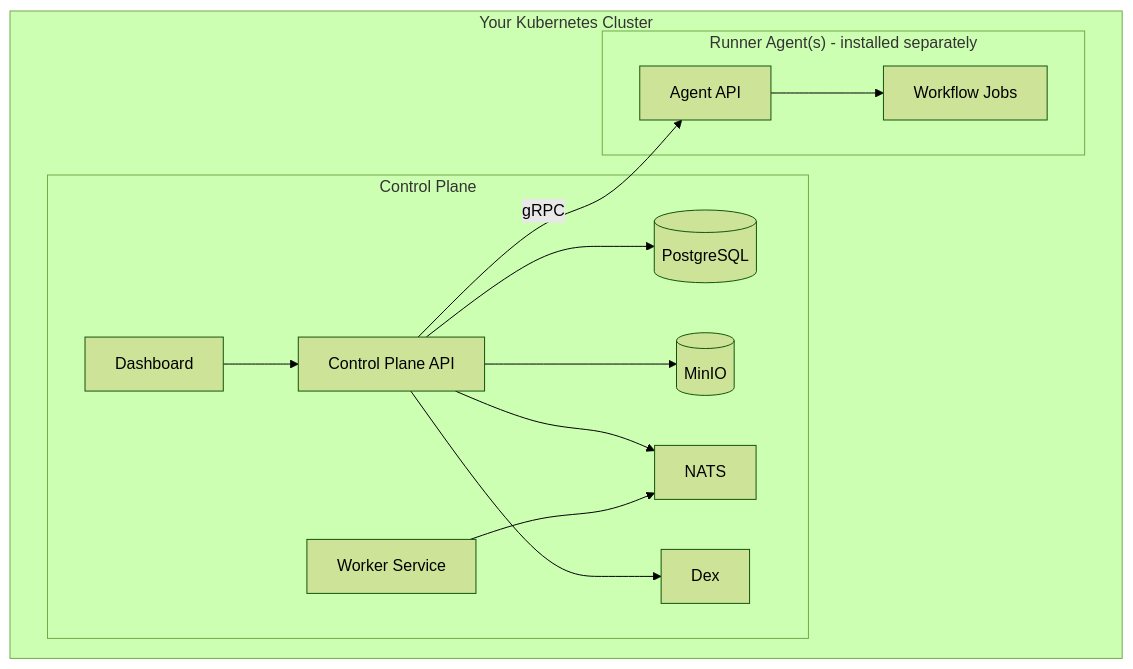
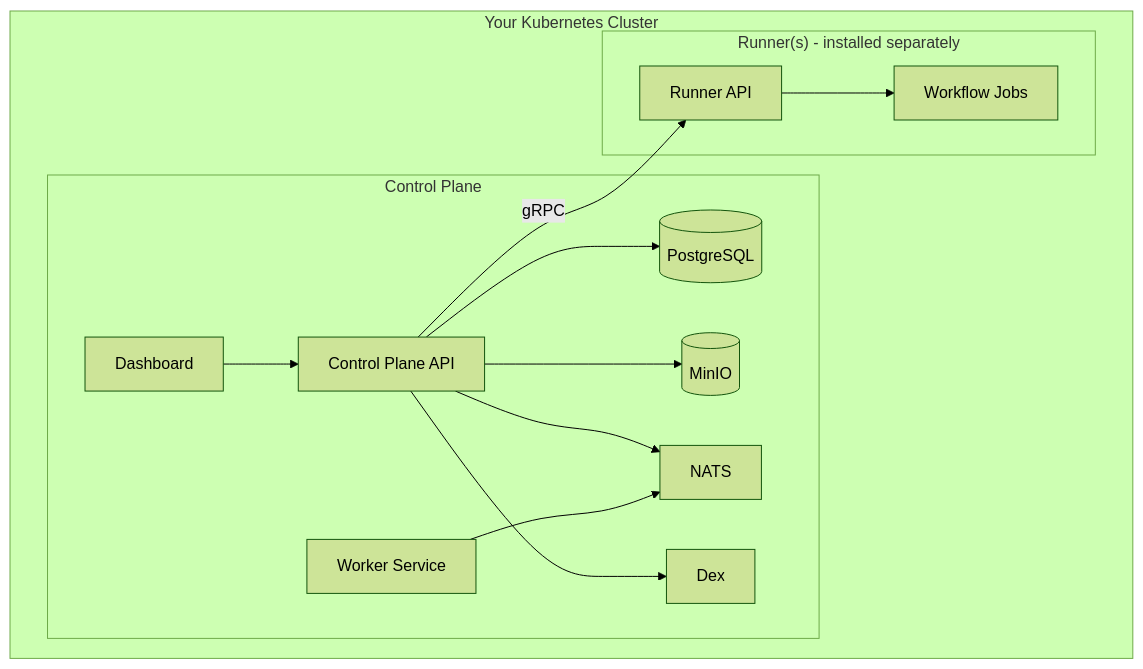
One commit to kubeshop/testkube-docs changed the first of 3 diagrams in docs/articles/install/0-overview.mdx. Above: the diagram before and after it, drawn with Mermaid (forest theme). The commit also changed other lines of this file and 91 other files, not shown here.

````diff
--- a/docs/articles/install/0-overview.mdx
+++ b/docs/articles/install/0-overview.mdx
@@ -54,27 +54,27 @@
 ```mermaid
 flowchart TB
     subgraph Your Kubernetes Cluster
         subgraph Control Plane
             Dashboard["Dashboard"]
             API["Control Plane API"]
             Worker["Worker Service"]
             Dex["Dex"]
             DB[("PostgreSQL")]
             S3[("MinIO")]
             NATS["NATS"]
         end
-        subgraph "Runner Agent(s) - installed separately"
-            AgentAPI["Agent API"]
+        subgraph "Runner(s) - installed separately"
+            AgentAPI["Runner API"]
             WF["Workflow Jobs"]
         end
     end
 
     Dashboard --> API
     API --> DB
     API --> S3
     API --> NATS
     API --> Dex
     Worker --> NATS
     API -- "gRPC" --> AgentAPI
     AgentAPI --> WF
 ```
````
